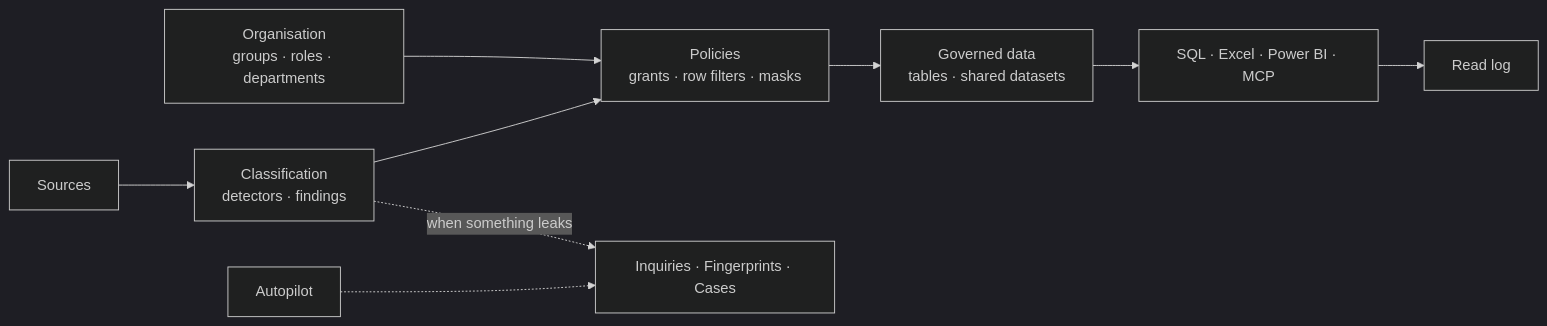
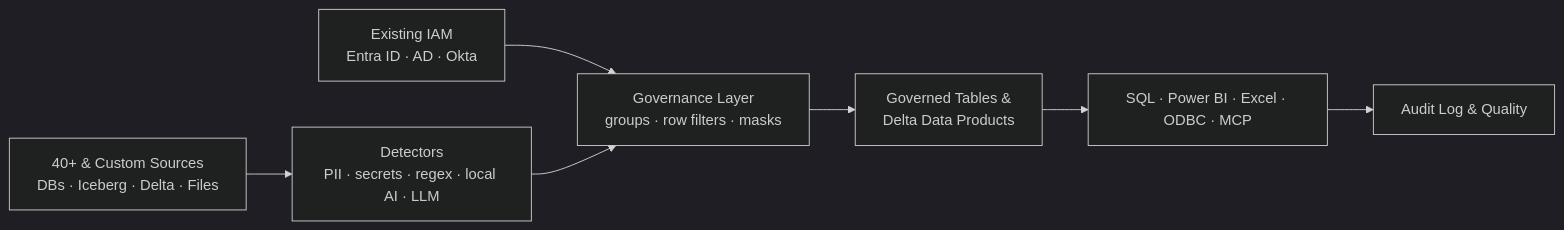
One commit to classifyre/classifyre changed the diagram in README.md. Above: the diagram before and after it, drawn with Mermaid (dark theme). The commit also changed other lines of this file and 42 other files, not shown here.

Commit message:
feat(blog): overhaul marketing site, About, Support, README, and docs for open-source data governance

````diff
--- a/README.md
+++ b/README.md
@@ -52,12 +53,9 @@
 ```mermaid
 flowchart LR
-    O["Organisation<br/>groups · roles · departments"] --> P["Policies<br/>grants · row filters · masks"]
-    S[Sources] --> C["Classification<br/>detectors · findings"]
+    O["Existing IAM<br/>Entra ID · AD · Okta"] --> P["Governance Layer<br/>groups · row filters · masks"]
+    S["40+ & Custom Sources<br/>DBs · Iceberg · Delta · Files"] --> C["Detectors<br/>PII · secrets · regex · local AI · LLM"]
     C --> P
-    P --> D["Governed data<br/>tables · shared datasets"]
-    D --> T["SQL · Excel · Power BI · MCP"]
-    T --> L[Read log]
-
-    C -.->|when something leaks| H["Inquiries · Fingerprints · Cases"]
-    I[Autopilot] -.-> H
+    P --> D["Governed Tables &<br/>Delta Data Products"]
+    D --> T["SQL · Power BI · Excel · ODBC · MCP"]
+    T --> L["Audit Log & Quality"]
 ```
````
